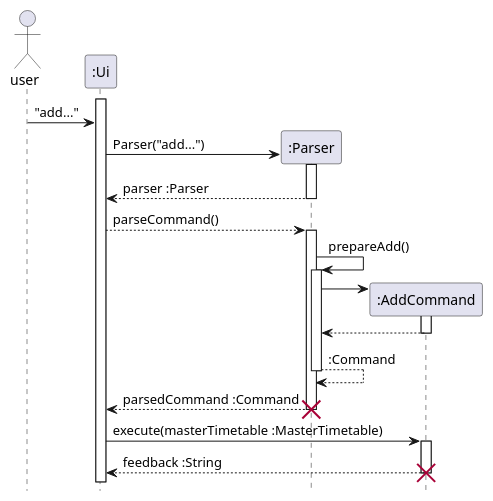
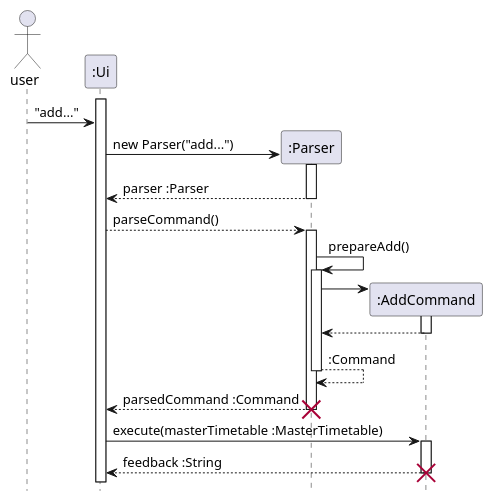
The diagram in docs/diagrams/AddCommandSequenceDiagram.puml (nus-cs2113-AY2122S2/tp), drawn with PlantUML before and after one commit. The commit also changed 7 other files, not shown here.

Commit message:
Update sequence diagram

```diff
--- a/docs/diagrams/AddCommandSequenceDiagram.puml
+++ b/docs/diagrams/AddCommandSequenceDiagram.puml
@@ -1,41 +1,41 @@
 @startuml
 hide footbox
 
 actor user
 participant ":Ui" as Ui
 participant ":Parser" as Parser
 participant ":AddCommand" as AddCommand
 
 activate Ui
 user -> Ui : "add..."
 create Parser
-Ui -> Parser : Parser("add...")
+Ui -> Parser : new Parser("add...")
 activate Parser
 Ui <-- Parser : parser :Parser
 deactivate Parser
 
 Ui --> Parser : parseCommand()
 activate Parser
 
 Parser -> Parser : prepareAdd()
 activate Parser
 
 create AddCommand
 Parser -> AddCommand
 activate AddCommand
 Parser <-- AddCommand
 deactivate AddCommand
 
 Parser --> Parser : :Command
 deactivate Parser
 Ui <-- Parser : parsedCommand :Command
 deactivate Parser
 destroy Parser
 
 Ui -> AddCommand : execute(masterTimetable :MasterTimetable)
 activate AddCommand
 Ui <-- AddCommand : feedback :String
 deactivate AddCommand
 
 destroy AddCommand
 @enduml
```
